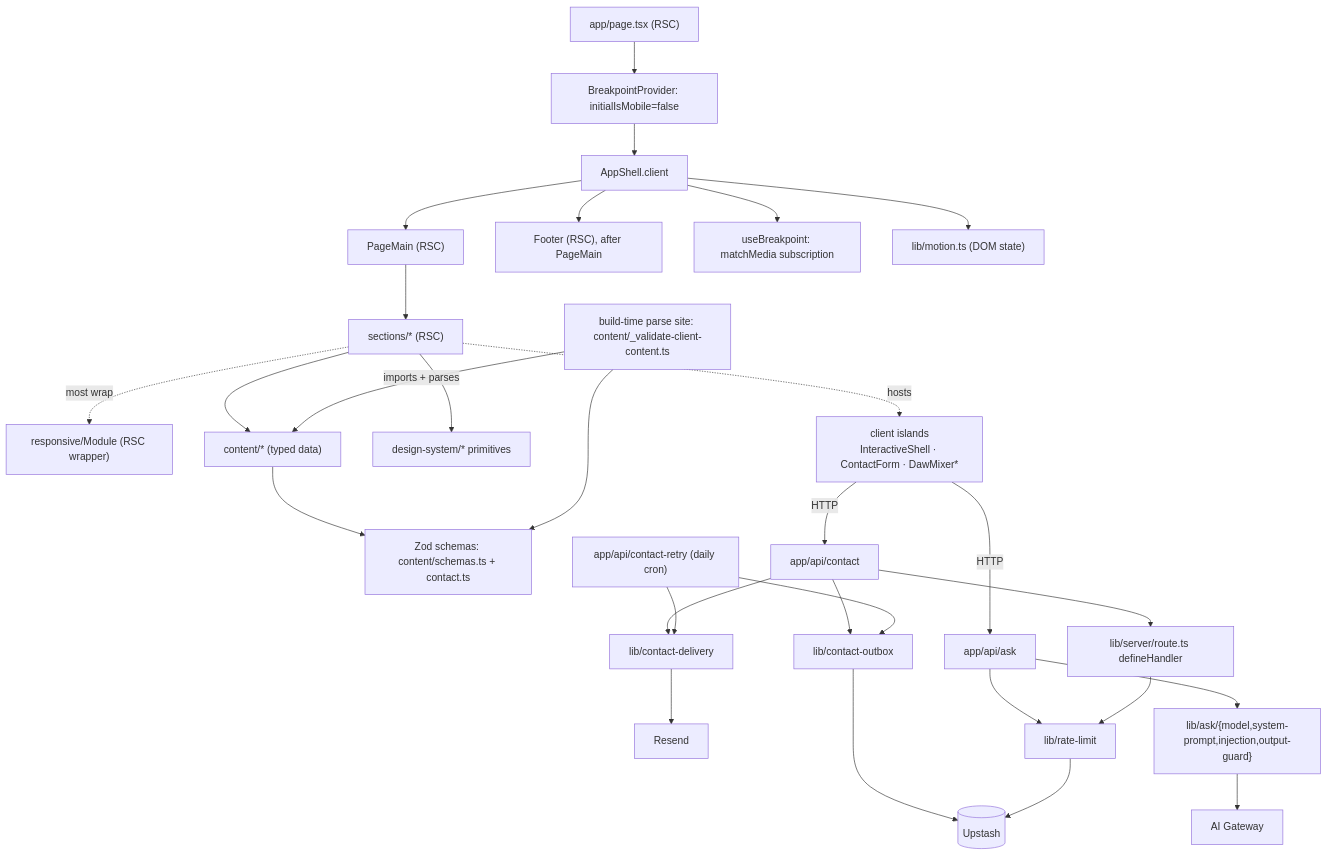
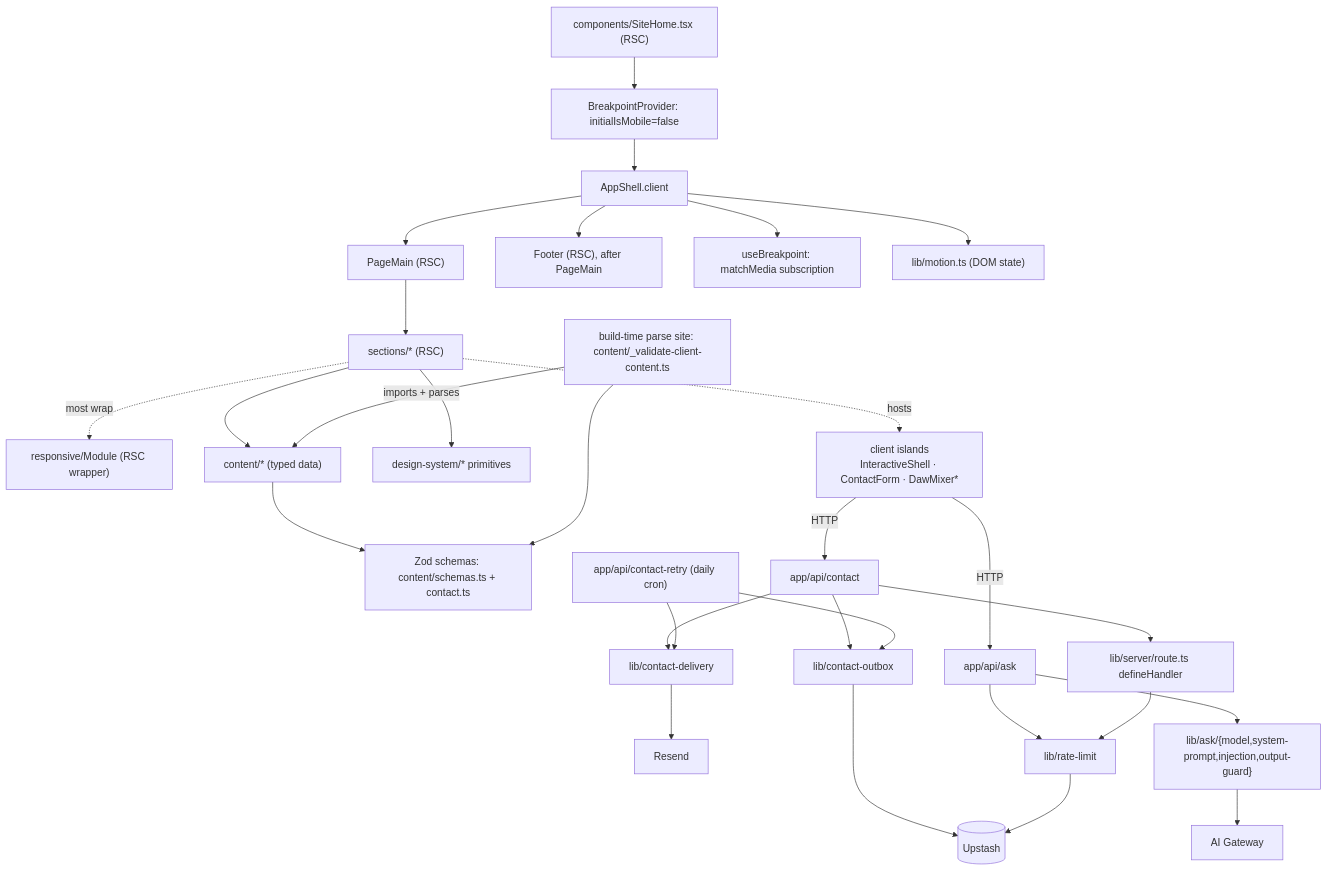
The third of 3 diagrams in docs/01-architecture.md (erikunha/portfolio), drawn with Mermaid before and after one commit. The commit also changed other lines of this file and 43 other files, not shown here.

````diff
--- a/docs/01-architecture.md
+++ b/docs/01-architecture.md
@@ -100,31 +100,31 @@
 ```mermaid
 flowchart TD
-    page["app/page.tsx (RSC)"] --> bp["BreakpointProvider: initialIsMobile=false"]
+    page["components/SiteHome.tsx (RSC)"] --> bp["BreakpointProvider: initialIsMobile=false"]
     bp --> shell["AppShell.client"]
     shell --> main["PageMain (RSC)"]
     main --> sectionN["sections/* (RSC)"]
     shell --> footer["Footer (RSC), after PageMain"]
     sectionN -. most wrap .-> module["responsive/Module (RSC wrapper)"]
     sectionN --> content["content/* (typed data)"]
     sectionN --> dsprim["design-system/* primitives"]
     sectionN -. hosts .-> island["client islands<br/>InteractiveShell · ContactForm · DawMixer*"]
     content --> schemas["Zod schemas: content/schemas.ts + contact.ts"]
     gate["build-time parse site: content/_validate-client-content.ts"] -->|imports + parses| content
     gate --> schemas
     island -->|HTTP| apiask["app/api/ask"]
     island -->|HTTP| apicontact["app/api/contact"]
     apicontact --> defh["lib/server/route.ts defineHandler"]
     apicontact --> delivery["lib/contact-delivery"]
     apicontact --> outbox["lib/contact-outbox"]
     retry["app/api/contact-retry (daily cron)"] --> delivery
     retry --> outbox
     outbox --> redis
     delivery --> resend["Resend"]
     apiask --> rl["lib/rate-limit"]
     apiask --> askmod["lib/ask/{model,system-prompt,injection,output-guard}"]
     defh --> rl
     rl --> redis[("Upstash")]
     askmod --> gw["AI Gateway"]
     shell --> media["useBreakpoint: matchMedia subscription"]
     shell --> motion["lib/motion.ts (DOM state)"]
 ```
````
